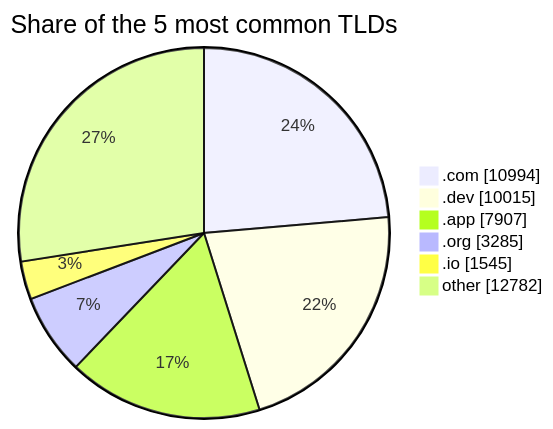
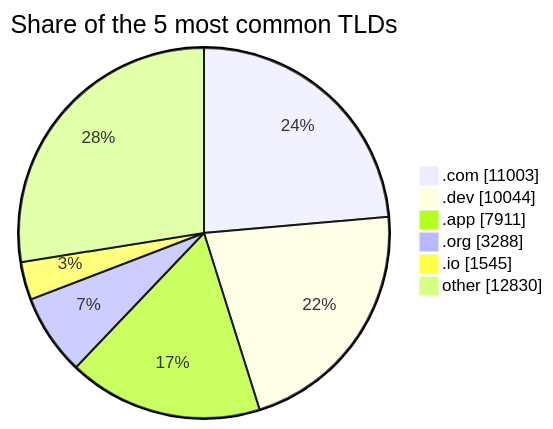
Before and after one commit to DNSBunker/CTI: the third of 3 diagrams in README.md, drawn with Mermaid. The commit also changed other lines of this file and 3 other files, not shown here.

````diff
--- a/README.md
+++ b/README.md
@@ -81,9 +81,9 @@
 ```mermaid
 pie showData title Share of the 5 most common TLDs
-    ".com" : 10994
-    ".dev" : 10015
-    ".app" : 7907
-    ".org" : 3285
+    ".com" : 11003
+    ".dev" : 10044
+    ".app" : 7911
+    ".org" : 3288
     ".io" : 1545
-    "other" : 12782
+    "other" : 12830
 ```
````
